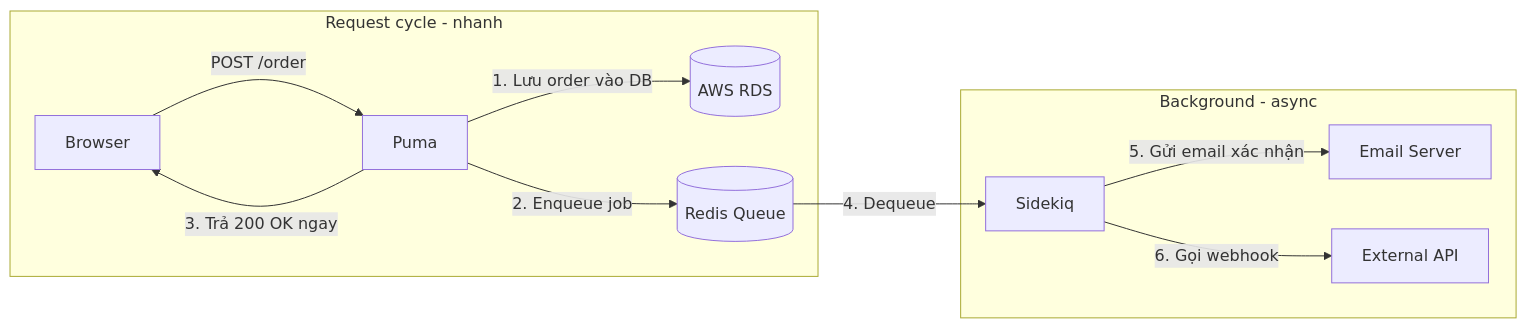
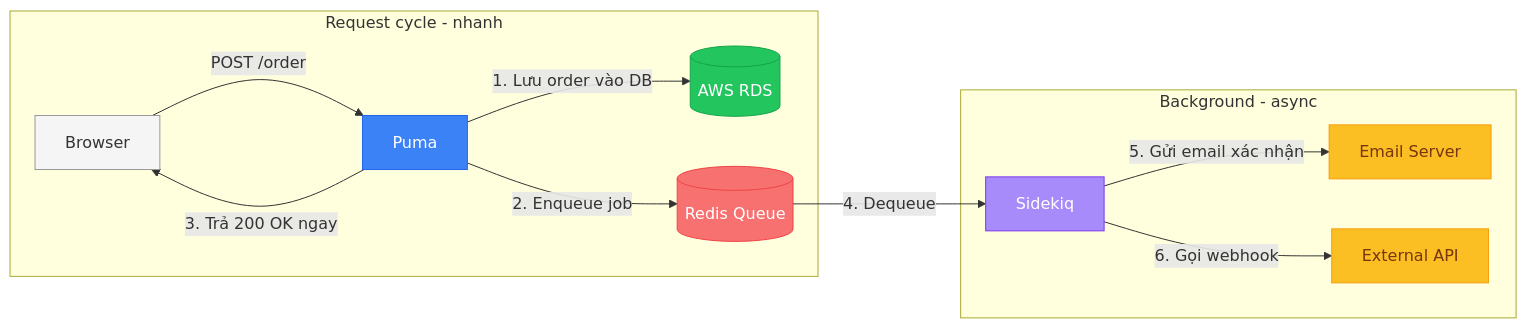
The fifth of 5 diagrams in src/content/blog/rails-concurrency-p2.md (hswolf/hswolf.github.io), drawn with Mermaid before and after one commit. The commit also changed other lines of this file, not shown here.

Commit message:
style: Add colors for diagrams for blogs/rails-concurrency-2

````diff
--- a/src/content/blog/rails-concurrency-p2.md
+++ b/src/content/blog/rails-concurrency-p2.md
@@ -239,16 +282,24 @@
 ```mermaid
 flowchart LR
     Browser -->|POST /order| Puma
 
     subgraph Request cycle - nhanh
         Puma -->|1. Lưu order vào DB| DB[(AWS RDS)]
         Puma -->|2. Enqueue job| Redis[(Redis Queue)]
         Puma -->|3. Trả 200 OK ngay| Browser
     end
 
     subgraph Background - async
         Redis -->|4. Dequeue| Sidekiq
         Sidekiq -->|5. Gửi email xác nhận| SMTP[Email Server]
         Sidekiq -->|6. Gọi webhook| ExtAPI[External API]
     end
+
+    style Browser fill:#f5f5f5,stroke:#999,color:#333
+    style Puma fill:#3b82f6,stroke:#2563eb,color:#fff
+    style DB fill:#22c55e,stroke:#16a34a,color:#fff
+    style Redis fill:#f87171,stroke:#ef4444,color:#fff
+    style Sidekiq fill:#a78bfa,stroke:#7c3aed,color:#fff
+    style SMTP fill:#fbbf24,stroke:#f59e0b,color:#78350f
+    style ExtAPI fill:#fbbf24,stroke:#f59e0b,color:#78350f
 ```
````
